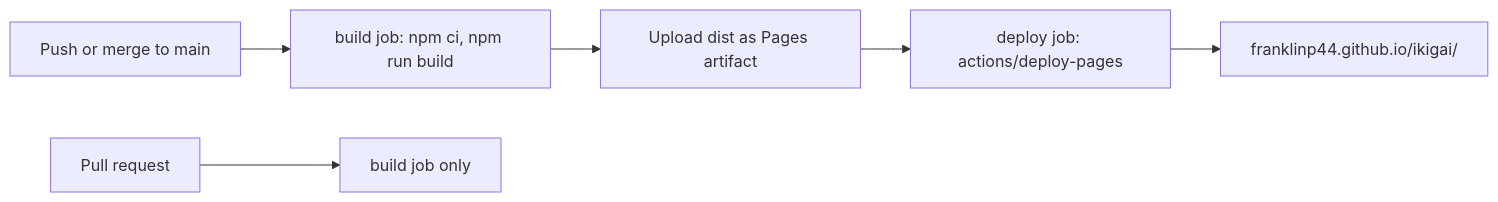
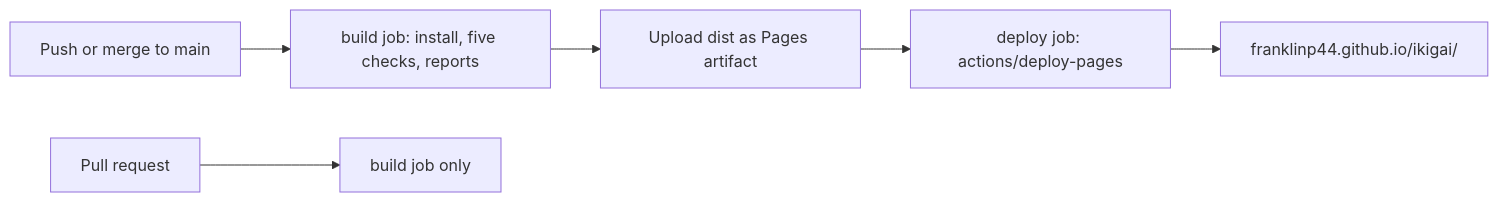
One commit to FranklinP44/ikigai changed the diagram in droid-wiki/deployment.md. Above: the diagram before and after it, drawn with Mermaid. The commit also changed other lines of this file and 28 other files, not shown here.

````diff
--- a/droid-wiki/deployment.md
+++ b/droid-wiki/deployment.md
@@ -11,8 +13,8 @@
 ```mermaid
 graph LR
-    Push[Push or merge to main] --> Build[build job: npm ci, npm run build]
+    Push[Push or merge to main] --> Build[build job: install, five checks, reports]
     Build --> Artifact[Upload dist as Pages artifact]
     Artifact --> Deploy[deploy job: actions/deploy-pages]
     Deploy --> Live[franklinp44.github.io/ikigai/]
     PR[Pull request] --> BuildOnly[build job only]
 ```
````
